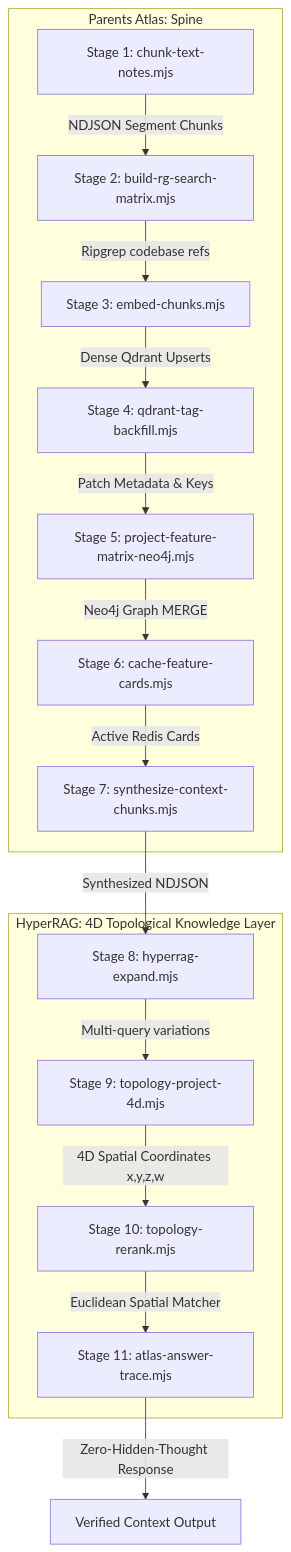
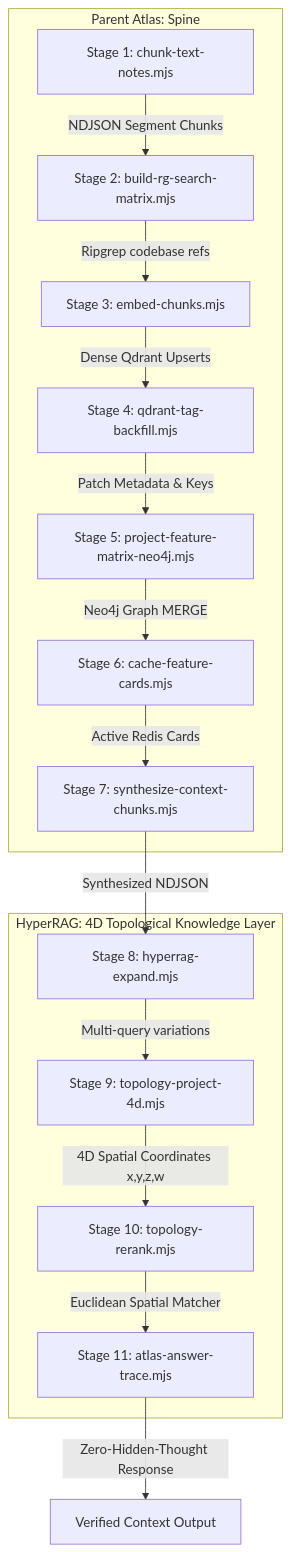
Before and after one commit to semaj90/deeds_web_app: the diagram in docs/operator/HYPERRAG_INTEGRATION.md, drawn with Mermaid. The commit also changed other lines of this file and 129 other files, not shown here.

````diff
--- a/docs/operator/HYPERRAG_INTEGRATION.md
+++ b/docs/operator/HYPERRAG_INTEGRATION.md
@@ -9,18 +12,18 @@
 ```mermaid
 graph TD
-    subgraph Parents Atlas: Spine
+    subgraph Parent Atlas: Spine
         S1[Stage 1: chunk-text-notes.mjs] -->|NDJSON Segment Chunks| S2[Stage 2: build-rg-search-matrix.mjs]
         S2 -->|Ripgrep codebase refs| S3[Stage 3: embed-chunks.mjs]
         S3 -->|Dense Qdrant Upserts| S4[Stage 4: qdrant-tag-backfill.mjs]
         S4 -->|Patch Metadata & Keys| S5[Stage 5: project-feature-matrix-neo4j.mjs]
         S5 -->|Neo4j Graph MERGE| S6[Stage 6: cache-feature-cards.mjs]
         S6 -->|Active Redis Cards| S7[Stage 7: synthesize-context-chunks.mjs]
     end
     subgraph HyperRAG: 4D Topological Knowledge Layer
         S7 -->|Synthesized NDJSON| S8[Stage 8: hyperrag-expand.mjs]
         S8 -->|Multi-query variations| S9[Stage 9: topology-project-4d.mjs]
         S9 -->|4D Spatial Coordinates x,y,z,w| S10[Stage 10: topology-rerank.mjs]
         S10 -->|Euclidean Spatial Matcher| S11[Stage 11: atlas-answer-trace.mjs]
     end
     S11 -->|Zero-Hidden-Thought Response| Operator[Verified Context Output]
 ```
````
